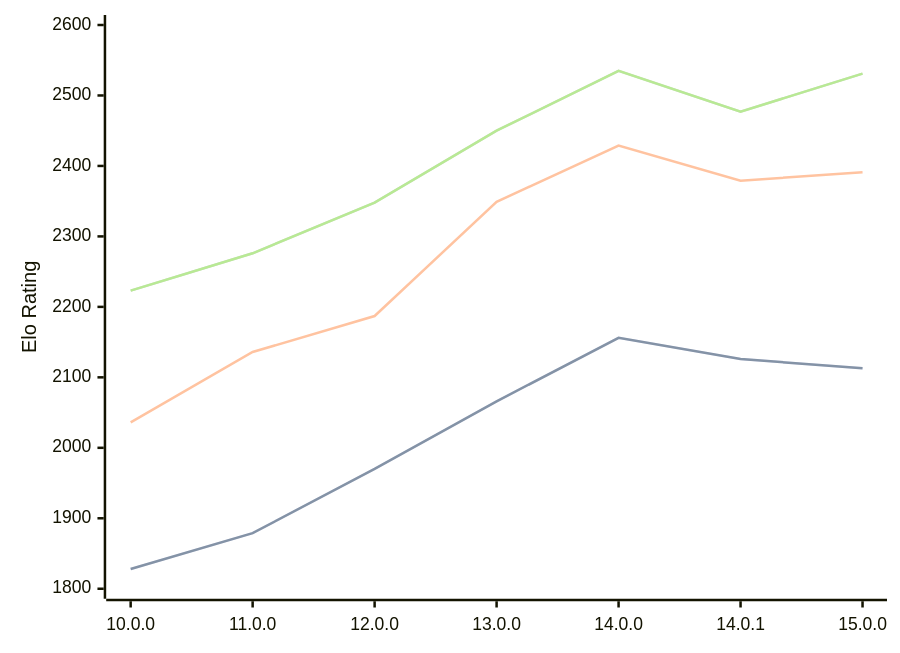
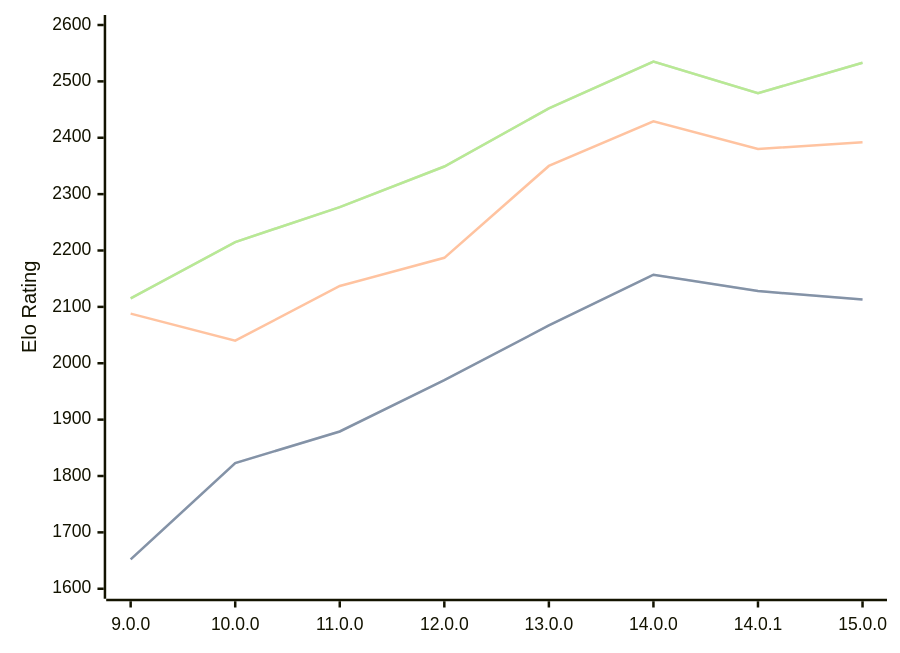
The diagram in engines/Cepimetheus.md (computer-chess-index/cci), drawn with Mermaid before and after one commit. The commit also changed other lines of this file, not shown here.

Commit message:
Update CCI Ratings (ELO VLTC) - 2026-08-21

````diff
--- a/engines/Cepimetheus.md
+++ b/engines/Cepimetheus.md
@@ -66,11 +66,11 @@
 ```mermaid
 %%{init: {"theme":"base","themeVariables":{"seriesColors:['#a3a3a3','#222221','#faa371']}}}%%
 xychart-beta
-  x-axis ["10.0.0", "11.0.0", "12.0.0", "13.0.0", "14.0.0", "14.0.1", "15.0.0"]
-  y-axis "Elo Rating" 1800 --> 2600
-  line "STC (8.0+0.08s)" [1828, 1879, 1970, 2066, 2156, 2126, 2113]
-  line "STC (8.0+0.08s)" [1828, 1879, 1970, 2066, 2156, 2126, 2113]
-  line "LTC (60.0+0.60s)" [2036, 2136, 2187, 2349, 2429, 2379, 2391]
-  line "VLTC (2m24s+1.12s)" [2223, 2276, 2348, 2450, 2535, 2477, 2531]
-  line "VLTC (2m24s+1.12s)" [2223, 2276, 2348, 2450, 2535, 2477, 2531]
+  x-axis ["9.0.0", "10.0.0", "11.0.0", "12.0.0", "13.0.0", "14.0.0", "14.0.1", "15.0.0"]
+  y-axis "Elo Rating" 1600 --> 2600
+  line "STC (8.0+0.08s)" [1652, 1823, 1879, 1970, 2067, 2157, 2128, 2113]
+  line "STC (8.0+0.08s)" [1652, 1823, 1879, 1970, 2067, 2157, 2128, 2113]
+  line "LTC (60.0+0.60s)" [2088, 2040, 2137, 2187, 2350, 2429, 2380, 2392]
+  line "VLTC (2m24s+1.12s)" [2115, 2215, 2277, 2349, 2452, 2535, 2479, 2533]
+  line "VLTC (2m24s+1.12s)" [2115, 2215, 2277, 2349, 2452, 2535, 2479, 2533]
 ```
````
